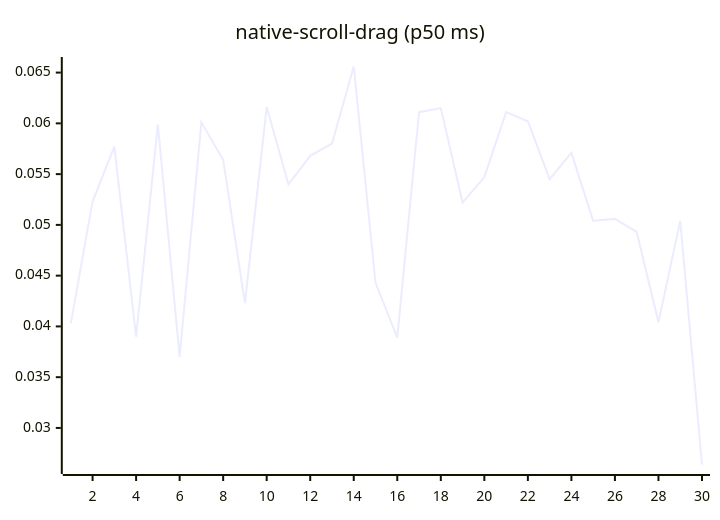
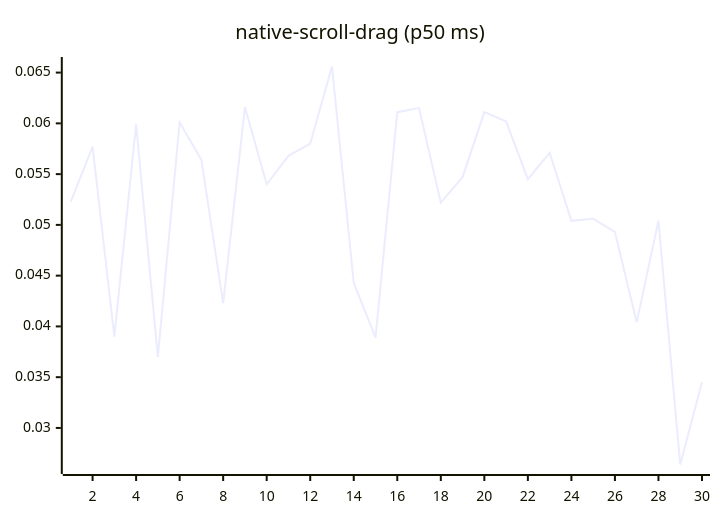
Before and after one commit to josha/Facet: diagram 14 of 27 in README.md, drawn with Mermaid. The commit also changed other lines of this file and 2 other files, not shown here.

````diff
--- a/README.md
+++ b/README.md
@@ -154,6 +154,6 @@
 ```mermaid
 xychart-beta
     title "native-scroll-drag (p50 ms)"
     x-axis 1 --> 30
-    line [0.0403, 0.0523, 0.0577, 0.0390, 0.0599, 0.0370, 0.0601, 0.0564, 0.0423, 0.0616, 0.0540, 0.0568, 0.0580, 0.0656, 0.0443, 0.0389, 0.0611, 0.0615, 0.0522, 0.0547, 0.0611, 0.0602, 0.0545, 0.0571, 0.0504, 0.0506, 0.0493, 0.0404, 0.0504, 0.0264]
+    line [0.0523, 0.0577, 0.0390, 0.0599, 0.0370, 0.0601, 0.0564, 0.0423, 0.0616, 0.0540, 0.0568, 0.0580, 0.0656, 0.0443, 0.0389, 0.0611, 0.0615, 0.0522, 0.0547, 0.0611, 0.0602, 0.0545, 0.0571, 0.0504, 0.0506, 0.0493, 0.0404, 0.0504, 0.0264, 0.0345]
 ```
````
